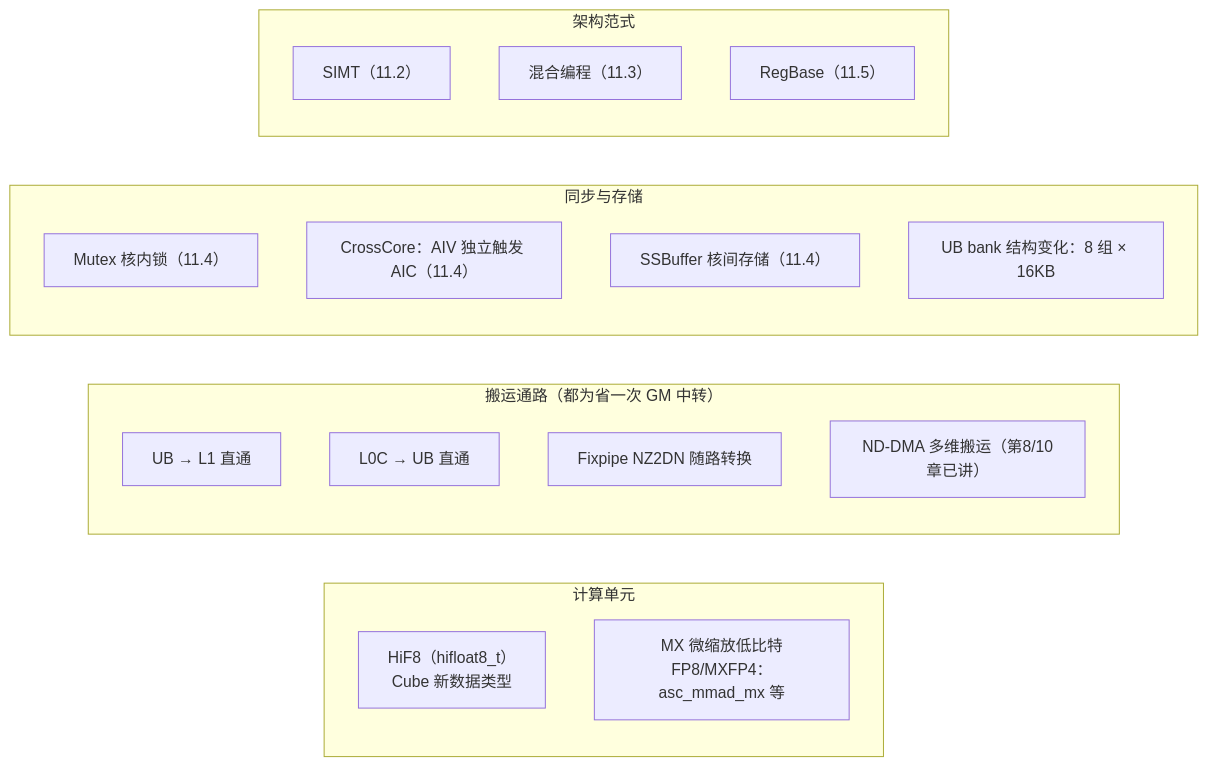
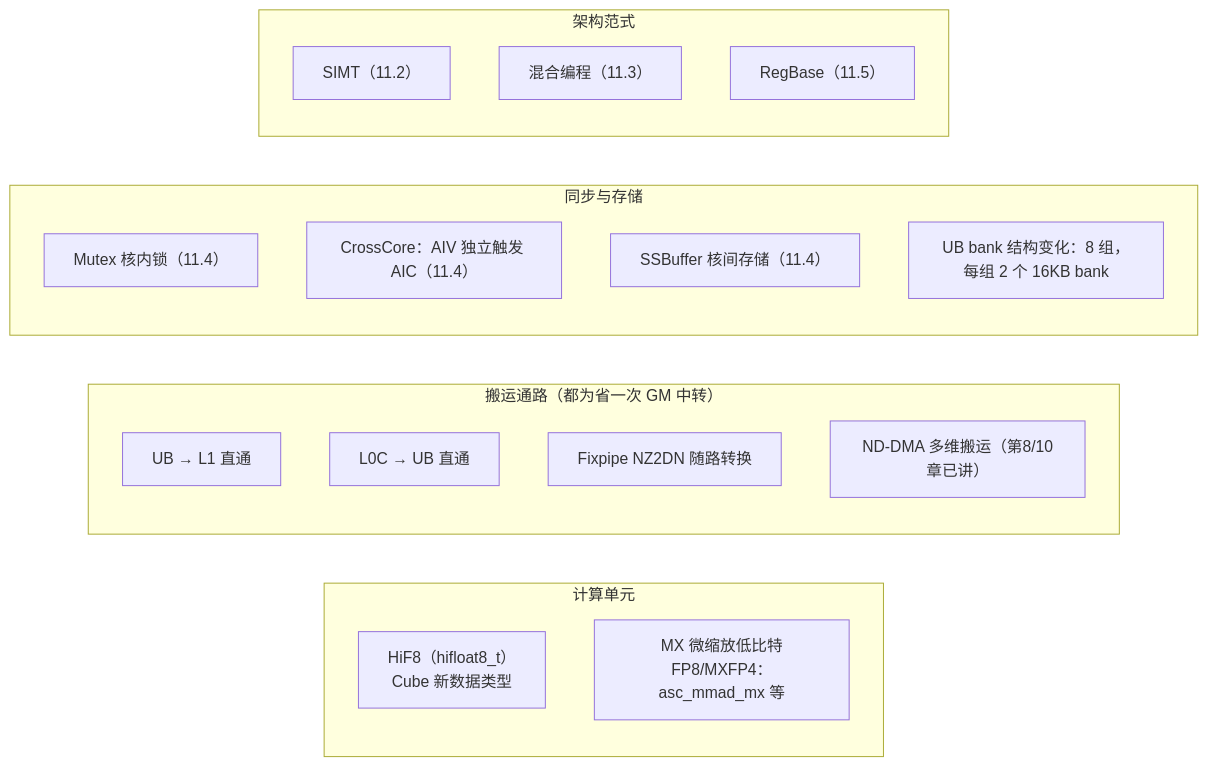
Before and after one commit to hb4ch/ascend-book: the second of 3 diagrams in docs/03-ascendc/ch11-simd-simt.md, drawn with Mermaid. The commit also changed other lines of this file and 19 other files, not shown here.

````diff
--- a/docs/03-ascendc/ch11-simd-simt.md
+++ b/docs/03-ascendc/ch11-simd-simt.md
@@ -182,24 +182,24 @@
 ```mermaid
 flowchart LR
     subgraph compute["计算单元"]
         F1["HiF8（hifloat8_t）<br/>Cube 新数据类型"]
         F2["MX 微缩放低比特<br/>FP8/MXFP4：asc_mmad_mx 等"]
     end
     subgraph path["搬运通路（都为省一次 GM 中转）"]
         P1["UB → L1 直通"]
         P2["L0C → UB 直通"]
         P3["Fixpipe NZ2DN 随路转换"]
         P4["ND-DMA 多维搬运（第8/10章已讲）"]
     end
     subgraph syncf["同步与存储"]
         S1["Mutex 核内锁（11.4）"]
         S2["CrossCore：AIV 独立触发 AIC（11.4）"]
         S3["SSBuffer 核间存储（11.4）"]
-        S4["UB bank 结构变化：8 组 × 16KB"]
+        S4["UB bank 结构变化：8 组，每组 2 个 16KB bank"]
     end
     subgraph arch["架构范式"]
         A1["SIMT（11.2）"]
         A2["混合编程（11.3）"]
         A3["RegBase（11.5）"]
     end
 ```
````
